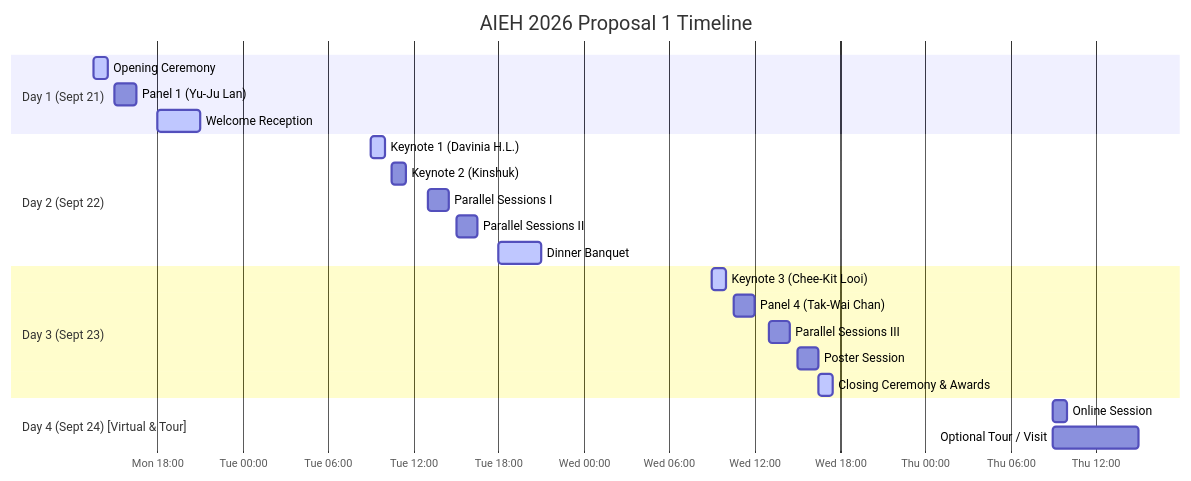
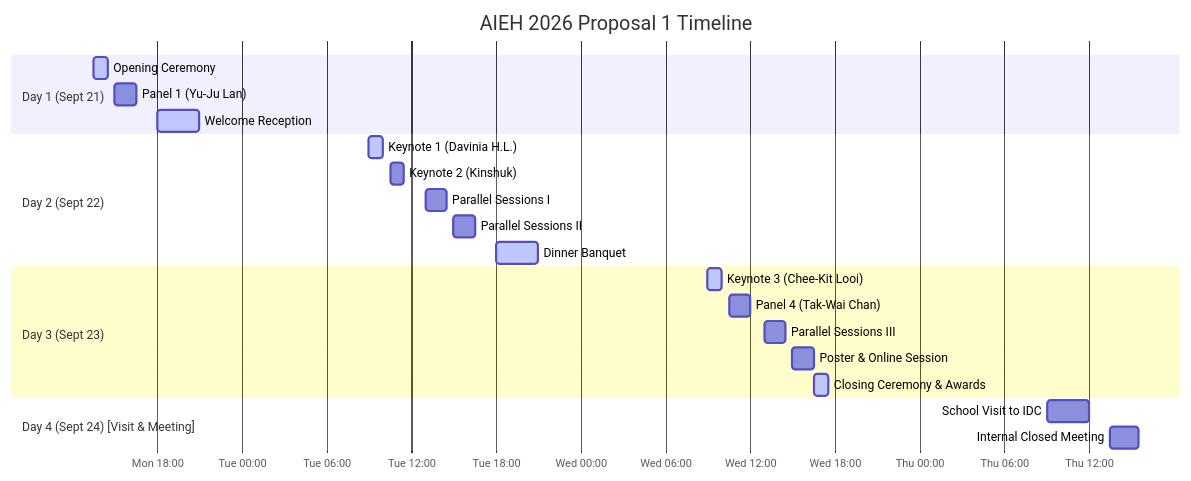
One commit to CalvinCYLiao/peaceful-pasteur changed the diagram in conference_agenda.md. Above: the diagram before and after it, drawn with Mermaid. The commit also changed other lines of this file and 2 other files, not shown here.

Commit message:
feat: move online session to Day 3, remove Local Tour, add Day 4 closed meeting

````diff
--- a/conference_agenda.md
+++ b/conference_agenda.md
@@ -28,29 +28,29 @@
 ```mermaid
 gantt
     title AIEH 2026 Proposal 1 Timeline
     dateFormat  YYYY-MM-DD HH:mm
     axisFormat %a %H:%M
 
     section Day 1 (Sept 21)
     Opening Ceremony          :active, d1_1, 2026-09-21 13:30, 2026-09-21 14:30
     Panel 1 (Yu-Ju Lan)       :d1_2, 2026-09-21 15:00, 2026-09-21 16:30
     Welcome Reception         :active, d1_3, 2026-09-21 18:00, 2026-09-21 21:00
 
     section Day 2 (Sept 22)
     Keynote 1 (Davinia H.L.)  :active, d2_1, 2026-09-22 09:00, 2026-09-22 10:00
     Keynote 2 (Kinshuk)       :d2_2, 2026-09-22 10:30, 2026-09-22 11:30
     Parallel Sessions I       :d2_3, 2026-09-22 13:00, 2026-09-22 14:30
     Parallel Sessions II      :d2_4, 2026-09-22 15:00, 2026-09-22 16:30
     Dinner Banquet            :active, d2_5, 2026-09-22 18:00, 2026-09-22 21:00
 
     section Day 3 (Sept 23)
     Keynote 3 (Chee-Kit Looi) :active, d3_1, 2026-09-23 09:00, 2026-09-23 10:00
     Panel 4 (Tak-Wai Chan)    :d3_2, 2026-09-23 10:30, 2026-09-23 12:00
     Parallel Sessions III     :d3_3, 2026-09-23 13:00, 2026-09-23 14:30
-    Poster Session            :d3_4, 2026-09-23 15:00, 2026-09-23 16:30
+    Poster & Online Session   :d3_4, 2026-09-23 15:00, 2026-09-23 16:30
     Closing Ceremony & Awards :active, d3_5, 2026-09-23 16:30, 2026-09-23 17:30
 
-    section Day 4 (Sept 24) [Virtual & Tour]
-    Online Session            :d4_1, 2026-09-24 09:00, 2026-09-24 10:00
-    Optional Tour / Visit     :d4_2, 2026-09-24 09:00, 2026-09-24 15:00
+    section Day 4 (Sept 24) [Visit & Meeting]
+    School Visit to IDC       :d4_1, 2026-09-24 09:00, 2026-09-24 12:00
+    Internal Closed Meeting   :d4_2, 2026-09-24 13:30, 2026-09-24 15:30
 ```
````
